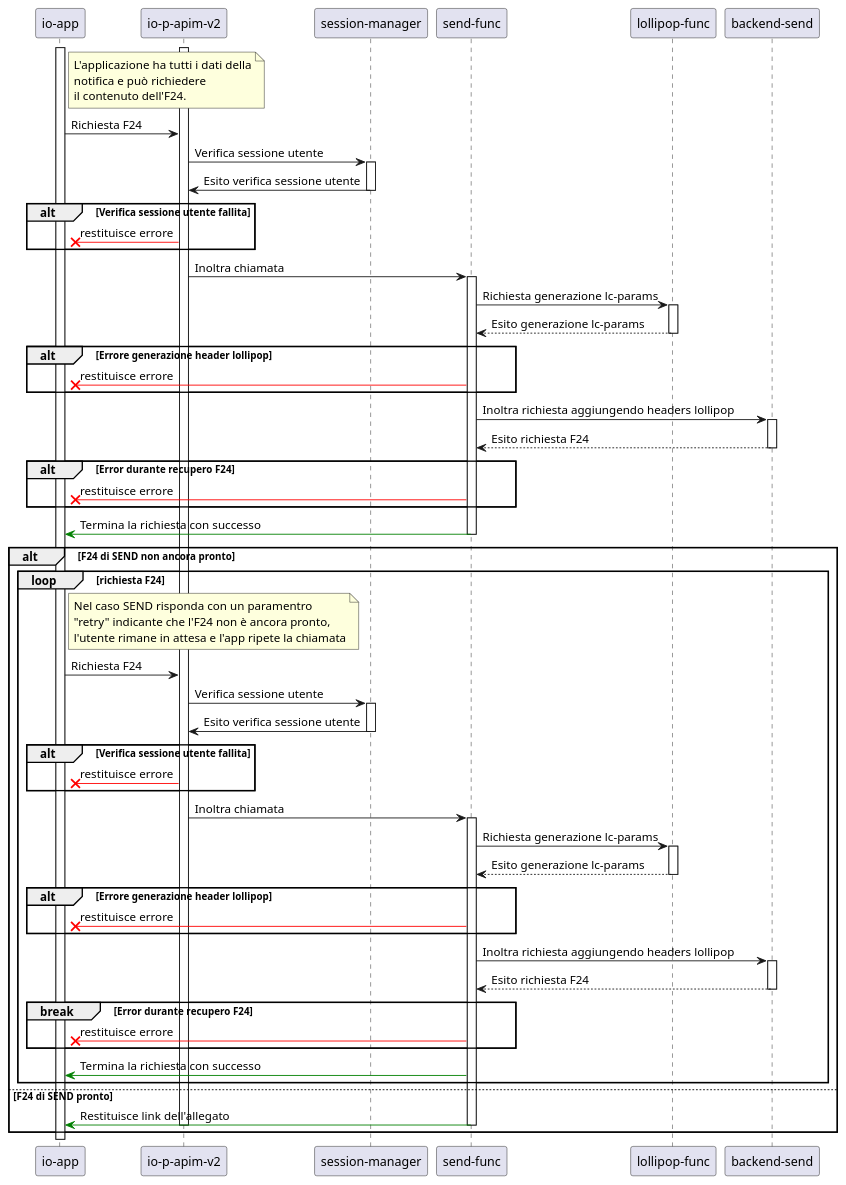
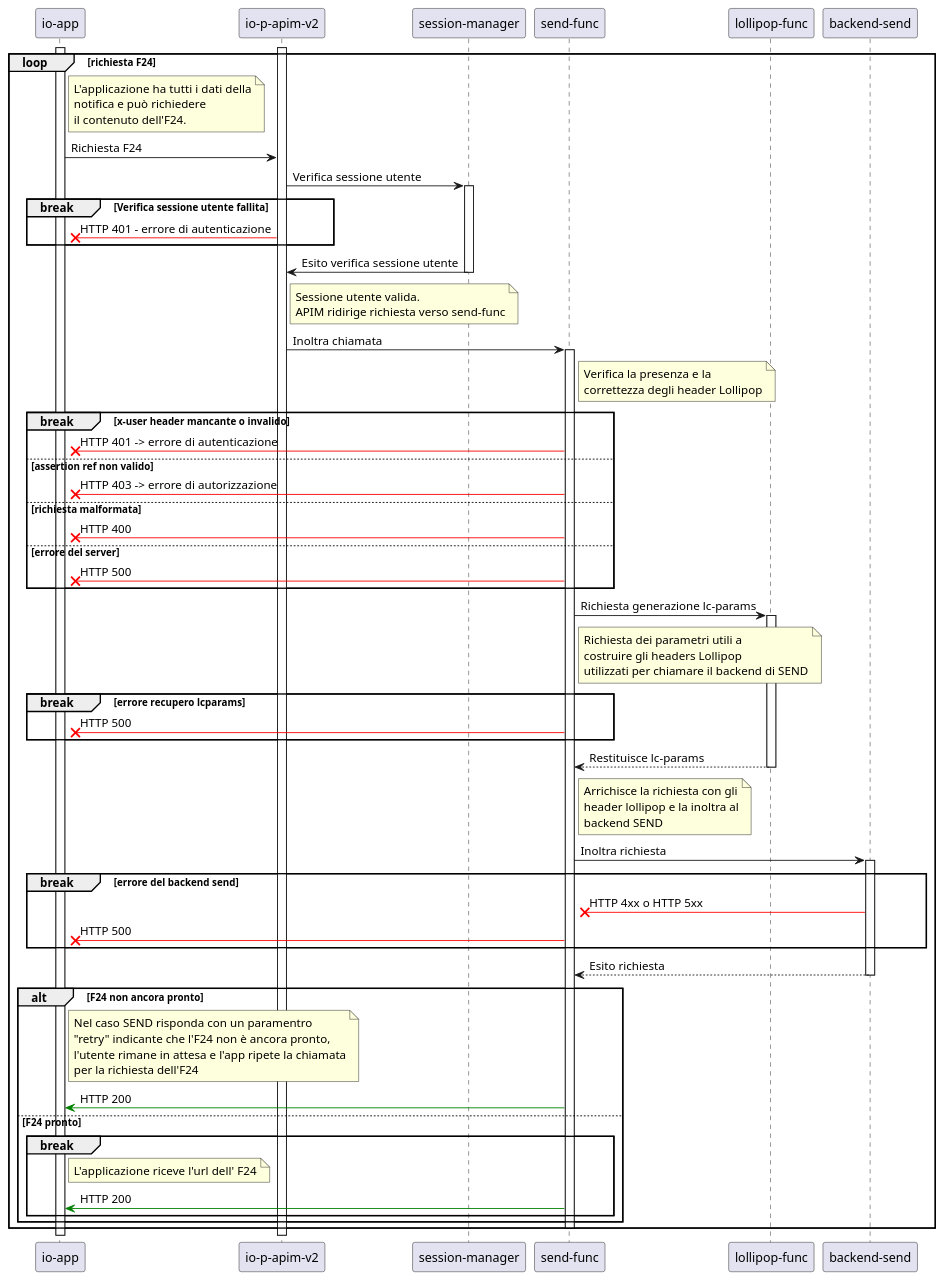
Before and after one commit to pagopa/io-messages: the diagram in apps/send-func/docs/aar-notification-f24.puml, drawn with PlantUML. The commit also changed 2 other files, not shown here.

Commit message:
update attachments sequence diagrams. fix

```diff
--- a/apps/send-func/docs/aar-notification-f24.puml
+++ b/apps/send-func/docs/aar-notification-f24.puml
@@ -1,95 +1,102 @@
 @startuml aar-notification-f24
 participant "io-app" as ioAPP
 participant "io-p-apim-v2" as ioAPIM
 participant "session-manager" as sessionManager
 participant "send-func" as sendFunc
 participant "lollipop-func" as lollipopFunc
 participant "backend-send" as beSEND
 
 activate ioAPP
 activate ioAPIM
 
-note right of ioAPP
+loop richiesta F24
+
+  note right of ioAPP
     L'applicazione ha tutti i dati della
     notifica e può richiedere
     il contenuto dell'F24.
-end note
+  end note
 
-ioAPP -> ioAPIM: Richiesta F24
-ioAPIM -> sessionManager: Verifica sessione utente
-activate sessionManager
-sessionManager -> ioAPIM: Esito verifica sessione utente
-deactivate sessionManager
-alt Verifica sessione utente fallita
-    ioAPIM -[#red]x ioAPP: restituisce errore
-end
+  ioAPP -> ioAPIM: Richiesta F24
+  ioAPIM -> sessionManager: Verifica sessione utente
+  activate sessionManager
+  break Verifica sessione utente fallita
+    ioAPIM -[#red]x ioAPP: HTTP 401 - errore di autenticazione
+  end
+  sessionManager -> ioAPIM: Esito verifica sessione utente
+  deactivate sessionManager
 
-ioAPIM -> sendFunc: Inoltra chiamata
-activate sendFunc
+  note right of ioAPIM
+  Sessione utente valida.
+  APIM ridirige richiesta verso send-func
+  end note
+  ioAPIM -> sendFunc: Inoltra chiamata
 
-sendFunc -> lollipopFunc: Richiesta generazione lc-params
-activate lollipopFunc
-lollipopFunc --> sendFunc: Esito generazione lc-params
-deactivate lollipopFunc
-alt Errore generazione header lollipop
-    sendFunc -[#red]x ioAPP: restituisce errore
-end
-sendFunc -> beSEND: Inoltra richiesta aggiungendo headers lollipop
-activate beSEND
-beSEND --> sendFunc: Esito richiesta F24
-deactivate beSEND
-
-alt Error durante recupero F24
-    sendFunc -[#red]x ioAPP: restituisce errore
-end
-sendFunc -[#green]> ioAPP: Termina la richiesta con successo
-deactivate sendFunc
+  activate sendFunc
+  note right of sendFunc
+  Verifica la presenza e la
+  correttezza degli header Lollipop
+  end note
+  break x-user header mancante o invalido
+    sendFunc -[#red]x ioAPP: HTTP 401 -> errore di autenticazione
+    else assertion ref non valido
+      sendFunc -[#red]x ioAPP: HTTP 403 -> errore di autorizzazione
+    else richiesta malformata
+      sendFunc -[#red]x ioAPP: HTTP 400
+    else errore del server
+      sendFunc -[#red]x ioAPP: HTTP 500
+  end
 
 
-alt F24 di SEND non ancora pronto
-  loop richiesta F24
+  sendFunc -> lollipopFunc: Richiesta generazione lc-params
+
+  activate lollipopFunc
+  note right of sendFunc
+  Richiesta dei parametri utili a
+  costruire gli headers Lollipop
+  utilizzati per chiamare il backend di SEND
+  end note
+  break errore recupero lcparams
+    sendFunc -[#red]x ioAPP: HTTP 500
+  end
+
+
+  lollipopFunc --> sendFunc: Restituisce lc-params
+  deactivate lollipopFunc
+
+
+  note right of sendFunc
+  Arrichisce la richiesta con gli
+  header lollipop e la inoltra al
+  backend SEND
+  end note
+  sendFunc -> beSEND: Inoltra richiesta
+  activate beSEND
+
+  break errore del backend send
+    beSEND -[#red]x sendFunc: HTTP 4xx o HTTP 5xx
+    sendFunc -[#red]x ioAPP: HTTP 500
+  end
+
+  beSEND --> sendFunc: Esito richiesta
+  deactivate beSEND
+  alt F24 non ancora pronto
     note right of ioAPP
       Nel caso SEND risponda con un paramentro
       "retry" indicante che l'F24 non è ancora pronto,
       l'utente rimane in attesa e l'app ripete la chiamata
+      per la richiesta dell'F24
     end note
-
-    ioAPP -> ioAPIM: Richiesta F24
-    ioAPIM -> sessionManager: Verifica sessione utente
-    activate sessionManager
-    sessionManager -> ioAPIM: Esito verifica sessione utente
-    deactivate sessionManager
-    alt Verifica sessione utente fallita
-        ioAPIM -[#red]x ioAPP: restituisce errore
-    end
-
-    ioAPIM -> sendFunc: Inoltra chiamata
-    activate sendFunc
-
-    sendFunc -> lollipopFunc: Richiesta generazione lc-params
-    activate lollipopFunc
-    lollipopFunc --> sendFunc: Esito generazione lc-params
-    deactivate lollipopFunc
-    alt Errore generazione header lollipop
-        sendFunc -[#red]x ioAPP: restituisce errore
-    end
-    sendFunc -> beSEND: Inoltra richiesta aggiungendo headers lollipop
-    activate beSEND
-    beSEND --> sendFunc: Esito richiesta F24
-    deactivate beSEND
-
-    break Error durante recupero F24
-        sendFunc -[#red]x ioAPP: restituisce errore
-    end
-    sendFunc -[#green]> ioAPP: Termina la richiesta con successo
+    sendFunc -[#green]> ioAPP: HTTP 200
+    else F24 pronto
+      break
+        note right of ioAPP
+          L'applicazione riceve l'url dell' F24
+        end note
+        sendFunc -[#green]> ioAPP: HTTP 200
+      end
   end
-else F24 di SEND pronto
-  sendFunc -[#green]> ioAPP: Restituisce link dell'allegato
-  deactivate ioAPIM
   deactivate sendFunc
 end
 
-
-
-
 @enduml
```
